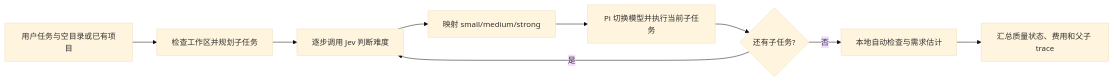
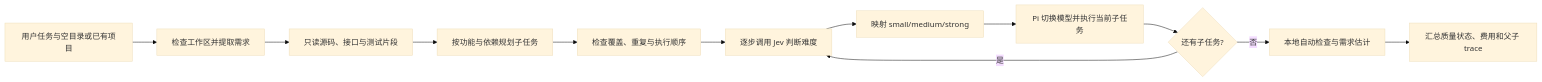
Before and after one commit to tinksfh/RouterCoder-Coding-Agent: the diagram in docs/architecture.md, drawn with Mermaid (base theme). The commit also changed other lines of this file and 14 other files, not shown here.

````diff
--- a/docs/architecture.md
+++ b/docs/architecture.md
@@ -26,11 +29,14 @@
 ```mermaid
 flowchart LR
-  A[用户任务与空目录或已有项目] --> B[检查工作区并规划子任务]
-  B --> C[逐步调用 Jev 判断难度]
+  A[用户任务与空目录或已有项目] --> B[检查工作区并提取需求]
+  B --> I[只读源码、接口与测试片段]
+  I --> P[按功能与依赖规划子任务]
+  P --> V[检查覆盖、重复与执行顺序]
+  V --> C[逐步调用 Jev 判断难度]
   C --> D[映射 small/medium/strong]
   D --> E[Pi 切换模型并执行当前子任务]
   E --> F{还有子任务?}
   F -- 是 --> C
   F -- 否 --> G[本地自动检查与需求估计]
   G --> H[汇总质量状态、费用和父子 trace]
 ```
````
